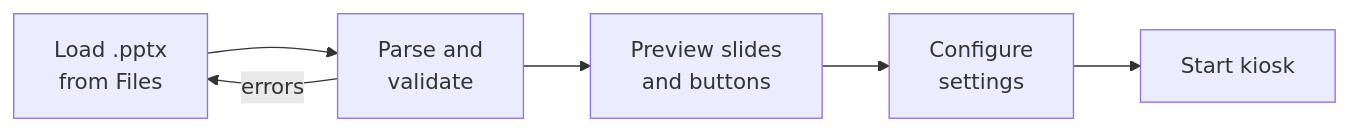
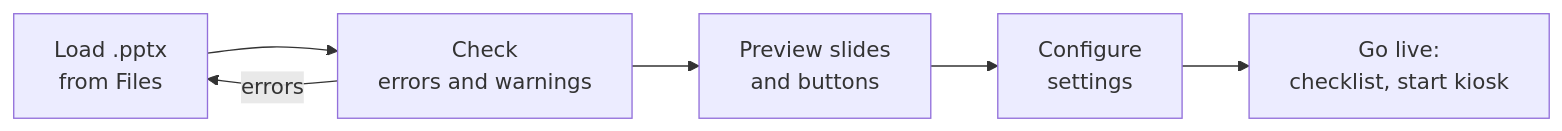
Before and after one commit to grahamlehr/stuPad: the first of 2 diagrams in docs/SPEC.md, drawn with Mermaid. The commit also changed other lines of this file and 54 other files, not shown here.

````diff
--- a/docs/SPEC.md
+++ b/docs/SPEC.md
@@ -91,8 +93,8 @@
 ```mermaid
 flowchart LR
-    A[Load .pptx<br/>from Files] --> B[Parse and<br/>validate]
+    A[Load .pptx<br/>from Files] --> B[Check<br/>errors and warnings]
     B -->|errors| A
     B --> C[Preview slides<br/>and buttons]
     C --> D[Configure<br/>settings]
-    D --> E[Start kiosk]
+    D --> E[Go live:<br/>checklist, start kiosk]
 ```
````
